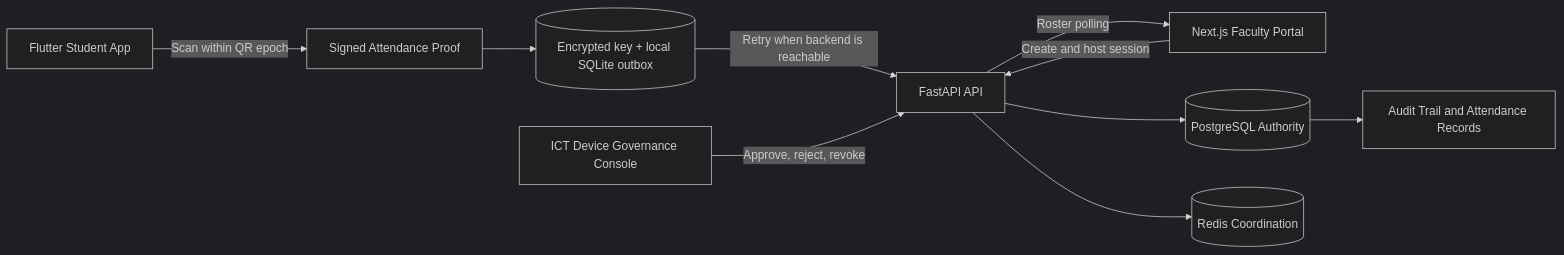
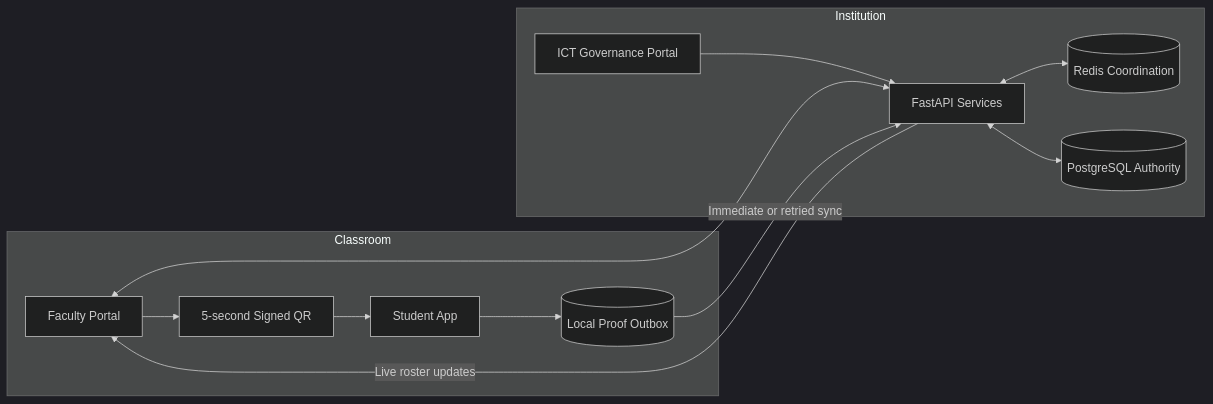
One commit to InsaneCoder789/offlineqr-attendance changed the first of 4 diagrams in README.md. Above: the diagram before and after it, drawn with Mermaid (dark theme). The commit also changed other lines of this file and 2 other files, not shown here.

````diff
--- a/README.md
+++ b/README.md
@@ -43,12 +38,26 @@
 ```mermaid
 flowchart LR
-    Student[Flutter Student App] -->|Scan within QR epoch| Proof[Signed Attendance Proof]
-    Proof --> Local[(Encrypted key + local SQLite outbox)]
-    Local -->|Retry when backend is reachable| API[FastAPI API]
-    Faculty[Next.js Faculty Portal] -->|Create and host session| API
-    API --> DB[(PostgreSQL Authority)]
-    API --> Redis[(Redis Coordination)]
-    API -->|Roster polling| Faculty
-    ICT[ICT Device Governance Console] -->|Approve, reject, revoke| API
-    DB --> Audit[Audit Trail and Attendance Records]
+    subgraph Classroom
+        F[Faculty Portal]
+        S[Student App]
+        Q[5-second Signed QR]
+        L[(Local Proof Outbox)]
+        F --> Q
+        Q --> S
+        S --> L
+    end
+
+    subgraph Institution
+        API[FastAPI Services]
+        R[(Redis Coordination)]
+        DB[(PostgreSQL Authority)]
+        ICT[ICT Governance Portal]
+        API <--> R
+        API <--> DB
+        ICT --> API
+    end
+
+    F <--> API
+    L -->|Immediate or retried sync| API
+    API -->|Live roster updates| F
 ```
````
